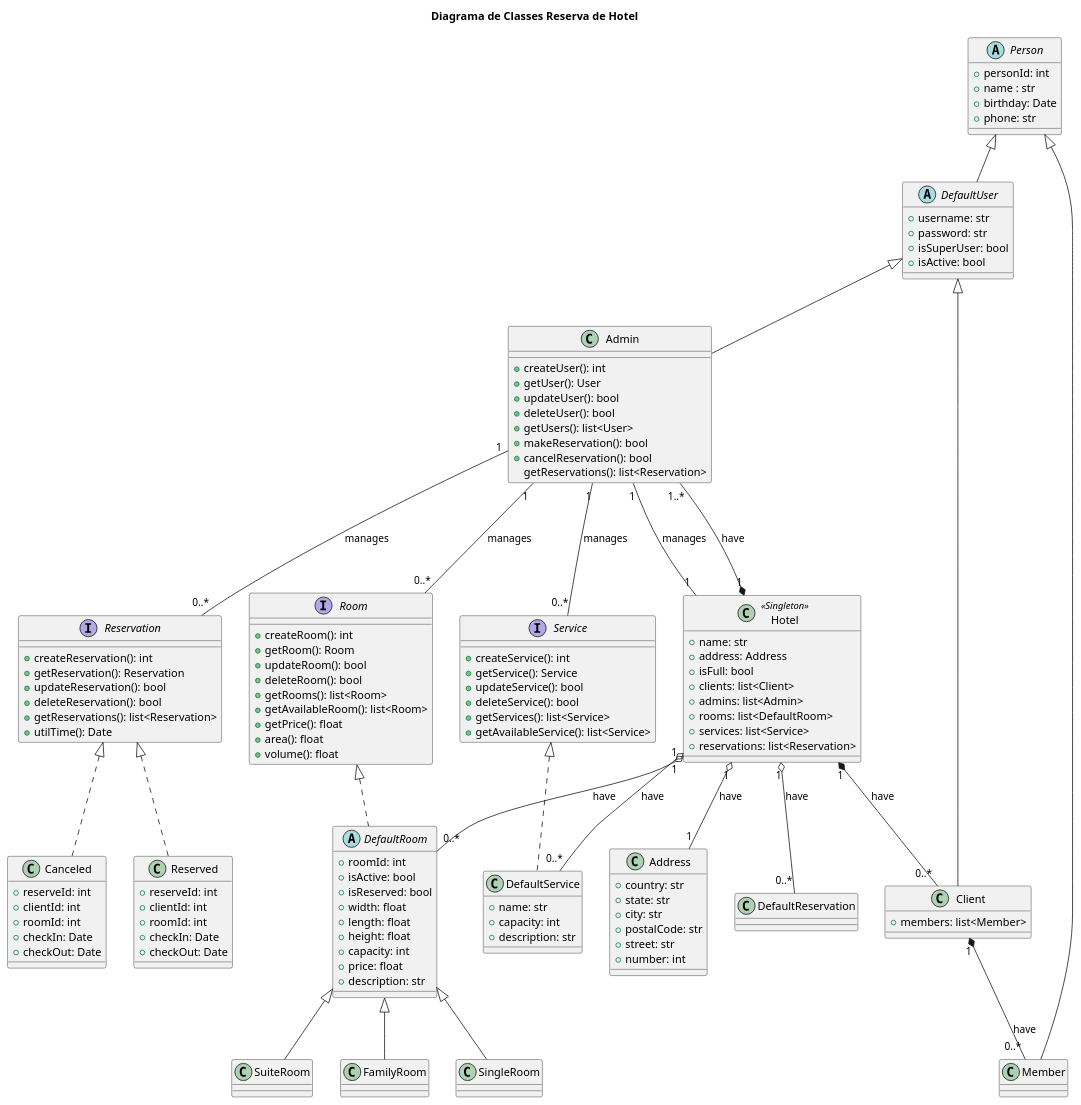
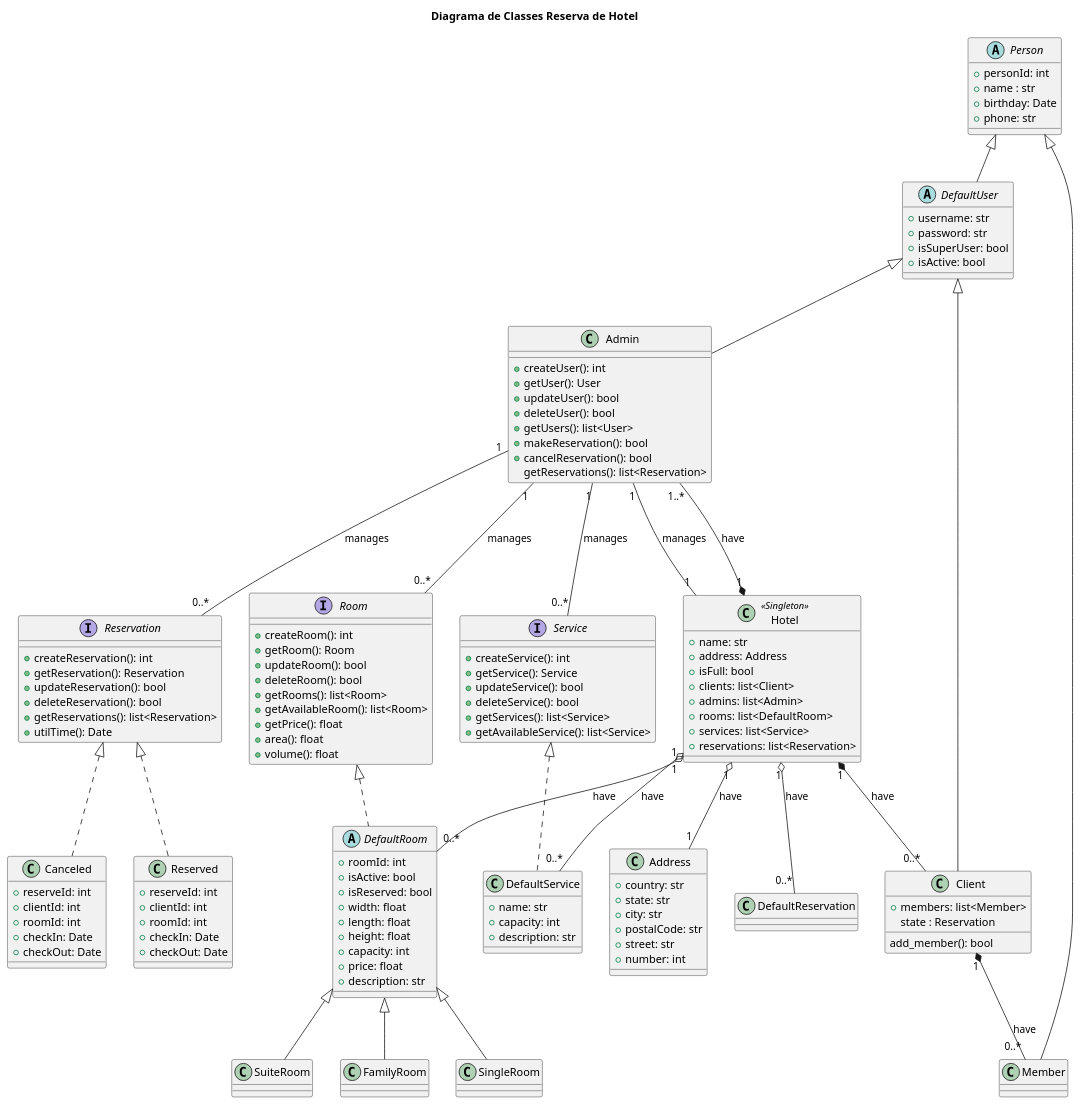
The diagram in diagrama_de_classes.iuml (azmovi/reserva-de-hotel), drawn with PlantUML before and after one commit.

Commit message:
commit diagrama

```diff
--- a/diagrama_de_classes.iuml
+++ b/diagrama_de_classes.iuml
@@ -1,151 +1,153 @@
 @startuml
 title Diagrama de Classes Reserva de Hotel
 
 abstract class Person {
     +personId: int 
     +name : str
     +birthday: Date
     +phone: str
 }
 
 
 class Client extends DefaultUser {
     +members: list<Member>
+    state : Reservation
+    add_member(): bool
 }
 
 abstract class DefaultUser extends Person {
     +username: str
     +password: str
     +isSuperUser: bool 
     +isActive: bool 
 }
 
 class Admin extends DefaultUser {
 
     +createUser(): int
     +getUser(): User
     +updateUser(): bool
     +deleteUser(): bool
     +getUsers(): list<User>
     +makeReservation(): bool
     +cancelReservation(): bool
     getReservations(): list<Reservation>
 }
 
 
 class Member extends Person {
 }
 
 
 class Hotel <<Singleton>> {
     +name: str
     +address: Address
     +isFull: bool
     +clients: list<Client>
     +admins: list<Admin>
     +rooms: list<DefaultRoom>
     +services: list<Service>
     +reservations: list<Reservation>
 }
 
 class Address {
     +country: str
     +state: str
     +city: str
     +postalCode: str
     +street: str
     +number: int
 }
 
 interface Room {
     +createRoom(): int
     +getRoom(): Room
     +updateRoom(): bool
     +deleteRoom(): bool
     +getRooms(): list<Room>
     +getAvailableRoom(): list<Room>
     +getPrice(): float
     +area(): float
     +volume(): float
 }
 
 abstract class DefaultRoom implements Room {
     +roomId: int
     +isActive: bool
     +isReserved: bool
     +width: float
     +length: float
     +height: float
     +capacity: int
     +price: float
     +description: str
 }
 
 
 class SingleRoom extends DefaultRoom {
 }
 
 class SuiteRoom extends DefaultRoom {
 }
 
 class FamilyRoom extends DefaultRoom {
 }
 
 interface Service {
     +createService(): int
     +getService(): Service
     +updateService(): bool
     +deleteService(): bool
     +getServices(): list<Service>
     +getAvailableService(): list<Service>
 }
 
 class DefaultService implements Service {
     +name: str
     +capacity: int 
     +description: str
 
 }
 
 interface Reservation {
     +createReservation(): int
     +getReservation(): Reservation
     +updateReservation(): bool
     +deleteReservation(): bool
     +getReservations(): list<Reservation>
     +utilTime(): Date
 }
 
 class Reserved implements Reservation {
     +reserveId: int
     +clientId: int
     +roomId: int
     +checkIn: Date
     +checkOut: Date
 }
 
 class Canceled implements Reservation {
     +reserveId: int
     +clientId: int
     +roomId: int
     +checkIn: Date
     +checkOut: Date
 }
 
 
 
 Hotel "1" o-- "1"     Address: have
 Hotel "1" *-- "1..*"  Admin: have
 Hotel "1" *-- "0..*"  Client: have
 Hotel "1" o-- "0..*"  DefaultRoom: have
 Hotel "1" o-- "0..*"  DefaultService: have
 Hotel "1" o-- "0..*"  DefaultReservation: have
 
 Admin "1" --- "0..*"  Service: manages
 Admin "1" --- "0..*"  Room: manages
 Admin "1" --- "0..*"  Reservation: manages
 Admin "1" --- "1"     Hotel: manages
 
 
 Client "1" *-- "0..*" Member: have
 @enduml
```
